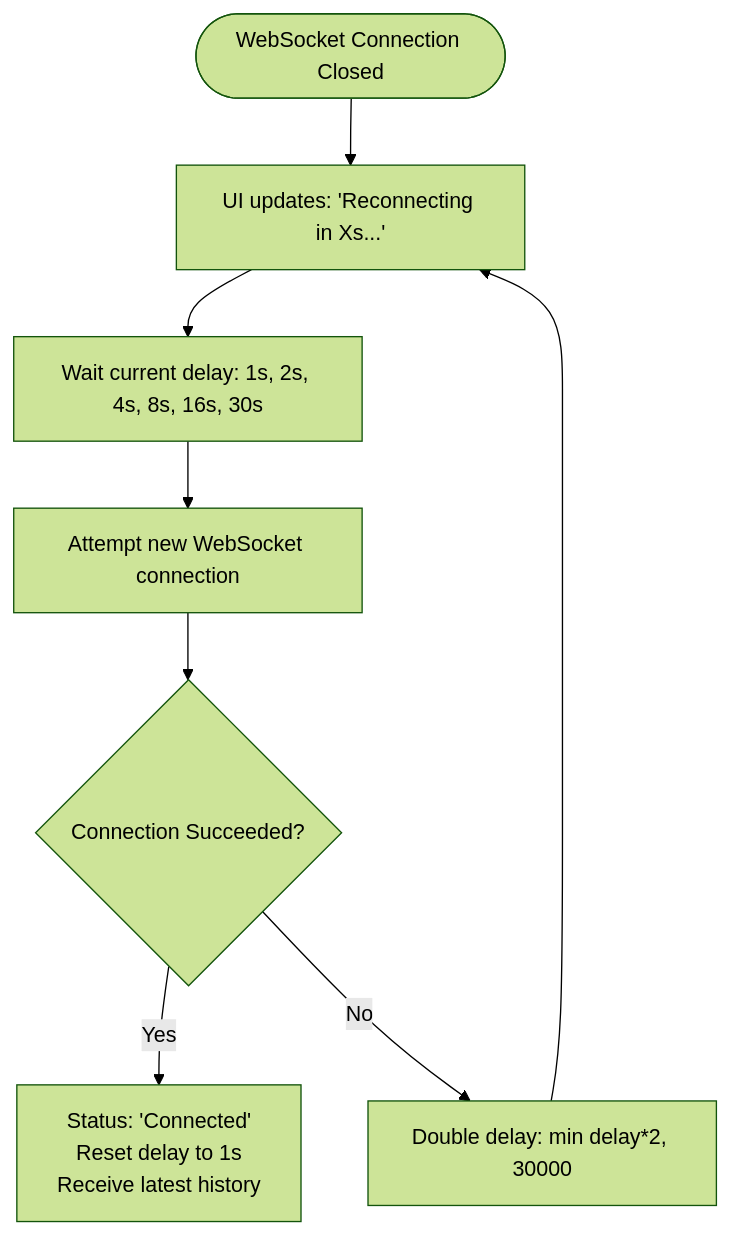
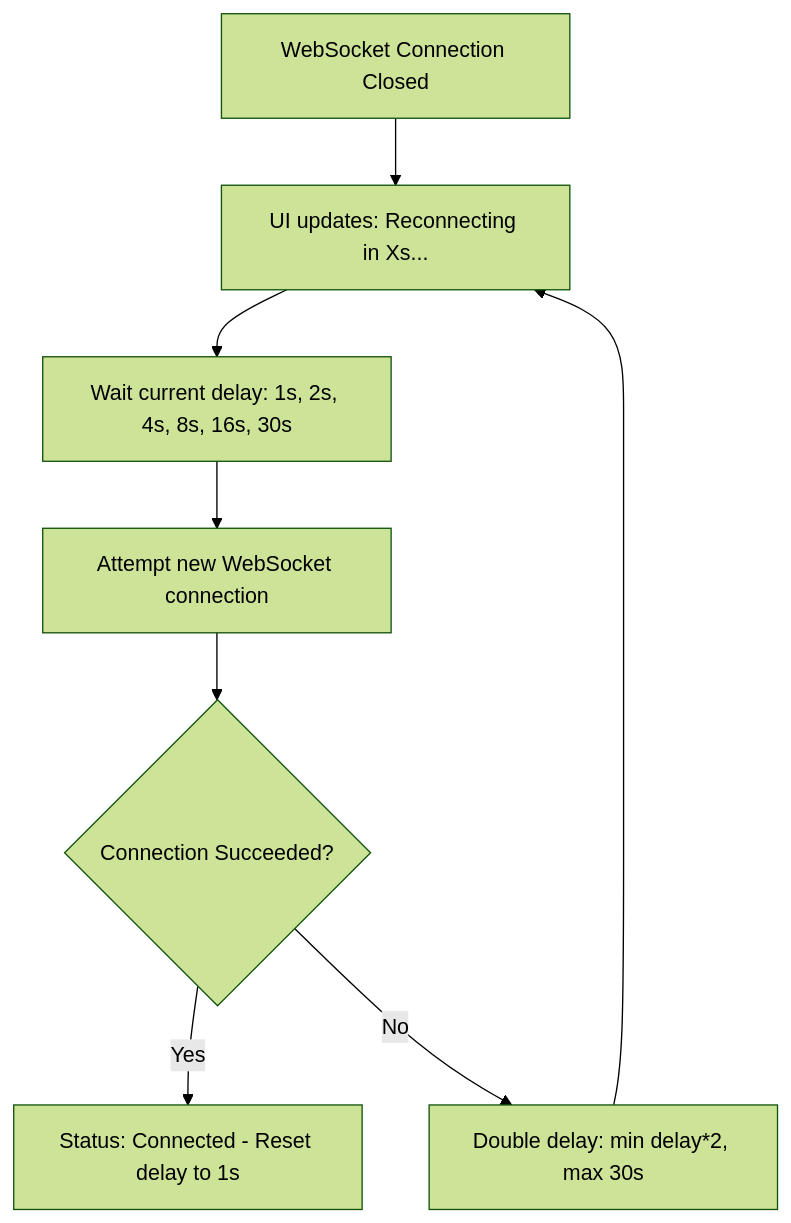
The fifth of 5 diagrams in WORKFLOW_AND_MEMORY.md (AtharvGhumtane/iRIS_Challenege), drawn with Mermaid (forest theme) before and after one commit. The commit also changed other lines of this file, not shown here.

Commit message:
fix(docs): sanitize mermaid diagrams for GitHub markdown renderer

````diff
--- a/WORKFLOW_AND_MEMORY.md
+++ b/WORKFLOW_AND_MEMORY.md
@@ -161,10 +161,10 @@
 ```mermaid
 flowchart TD
-    Start([WebSocket Connection Closed]) --> SetStatus[UI updates: 'Reconnecting in Xs...']
-    SetStatus --> Wait[Wait current delay: 1s, 2s, 4s, 8s, 16s, 30s]
-    Wait --> Attempt[Attempt new WebSocket connection]
-    Attempt --> Check{Connection Succeeded?}
-    Check -- Yes --> Connected[Status: 'Connected'<br/>Reset delay to 1s<br/>Receive latest history]
-    Check -- No --> DoubleDelay[Double delay: min delay*2, 30000]
+    Start["WebSocket Connection Closed"] --> SetStatus["UI updates: Reconnecting in Xs..."]
+    SetStatus --> Wait["Wait current delay: 1s, 2s, 4s, 8s, 16s, 30s"]
+    Wait --> Attempt["Attempt new WebSocket connection"]
+    Attempt --> Check{"Connection Succeeded?"}
+    Check -->|Yes| Connected["Status: Connected - Reset delay to 1s"]
+    Check -->|No| DoubleDelay["Double delay: min delay*2, max 30s"]
     DoubleDelay --> SetStatus
 ```
````
